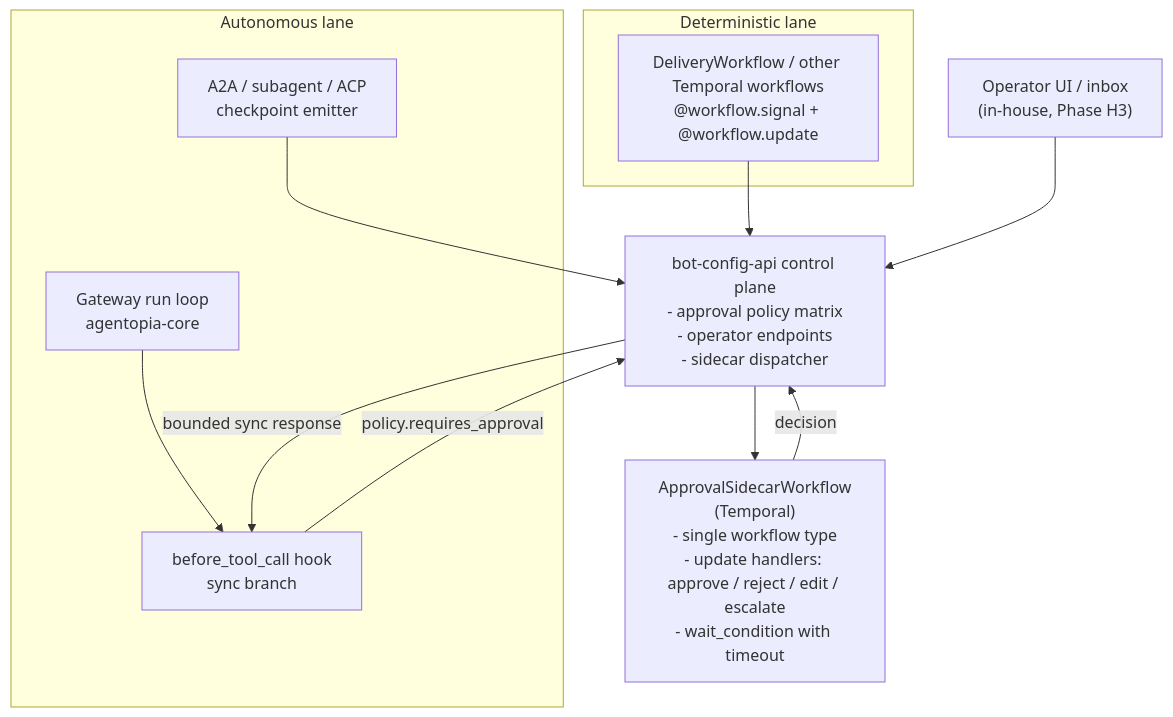
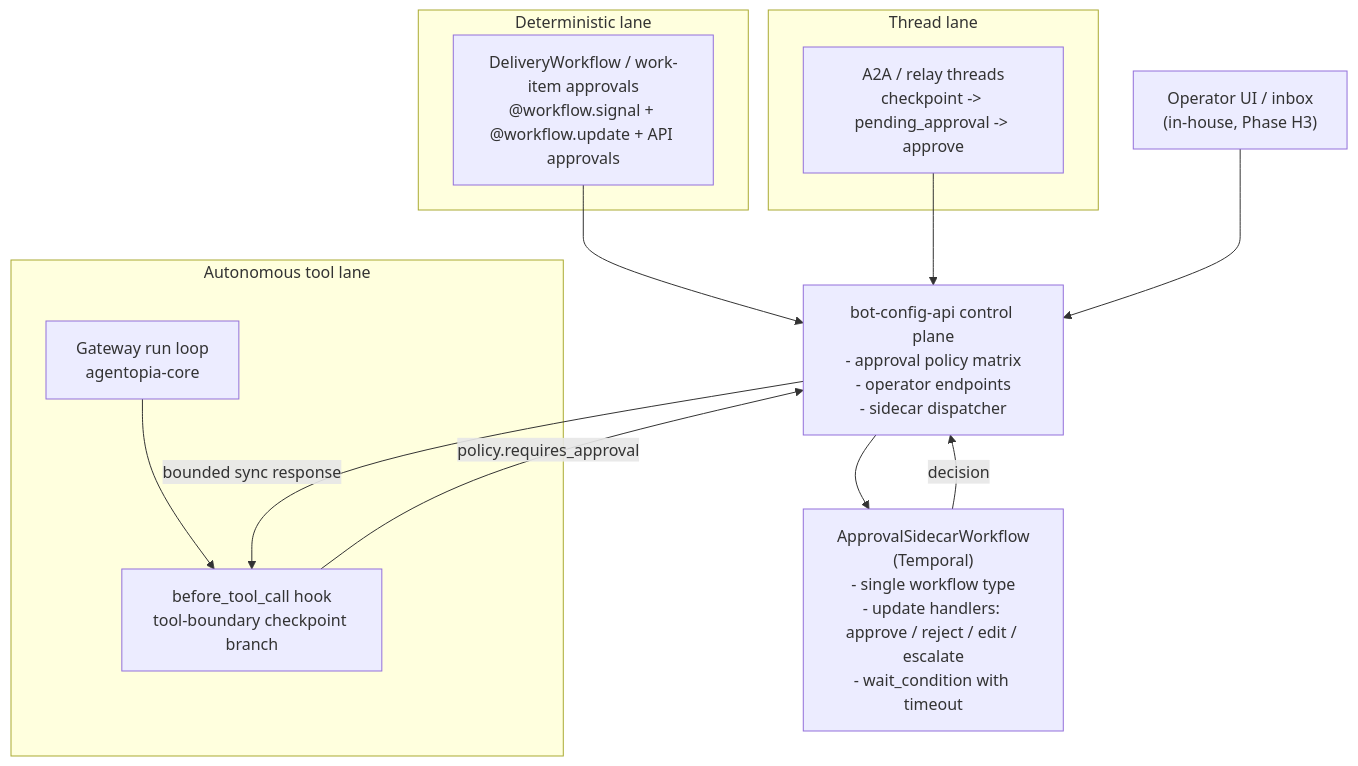
The diagram in architecture/harness-control/hitl-checkpoint-feasibility-debate.md (ai-agentopia/docs), drawn with Mermaid before and after one commit. The commit also changed other lines of this file and 7 other files, not shown here.

````diff
--- a/architecture/harness-control/hitl-checkpoint-feasibility-debate.md
+++ b/architecture/harness-control/hitl-checkpoint-feasibility-debate.md
@@ -289,24 +306,27 @@
 ```mermaid
 flowchart TD
     subgraph D["Deterministic lane"]
-        DW["DeliveryWorkflow / other Temporal workflows<br/>@workflow.signal + @workflow.update"]
+        DW["DeliveryWorkflow / work-item approvals<br/>@workflow.signal + @workflow.update + API approvals"]
     end
 
-    subgraph A["Autonomous lane"]
+    subgraph T["Thread lane"]
+        TH["A2A / relay threads<br/>checkpoint -> pending_approval -> approve"]
+    end
+
+    subgraph A["Autonomous tool lane"]
         RUN["Gateway run loop<br/>agentopia-core"]
-        BTC["before_tool_call hook<br/>sync branch"]
-        A2A["A2A / subagent / ACP<br/>checkpoint emitter"]
+        BTC["before_tool_call hook<br/>tool-boundary checkpoint branch"]
     end
 
     CP["bot-config-api control plane<br/>- approval policy matrix<br/>- operator endpoints<br/>- sidecar dispatcher"]
     SW["ApprovalSidecarWorkflow<br/>(Temporal)<br/>- single workflow type<br/>- update handlers: approve / reject / edit / escalate<br/>- wait_condition with timeout"]
 
     RUN --> BTC
     BTC -->|policy.requires_approval| CP
-    A2A --> CP
     DW --> CP
+    TH --> CP
     CP --> SW
     UI["Operator UI / inbox<br/>(in-house, Phase H3)"] --> CP
     SW -->|decision| CP
     CP -->|bounded sync response| BTC
 ```
````
